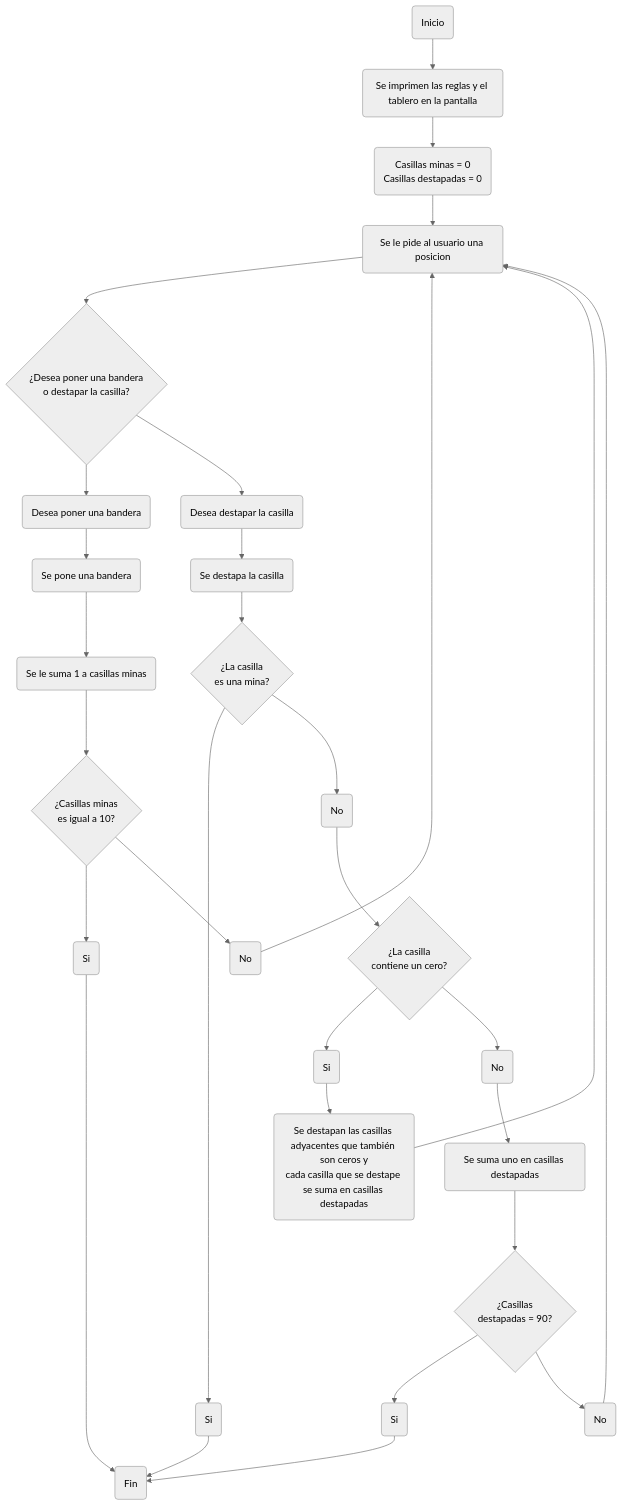
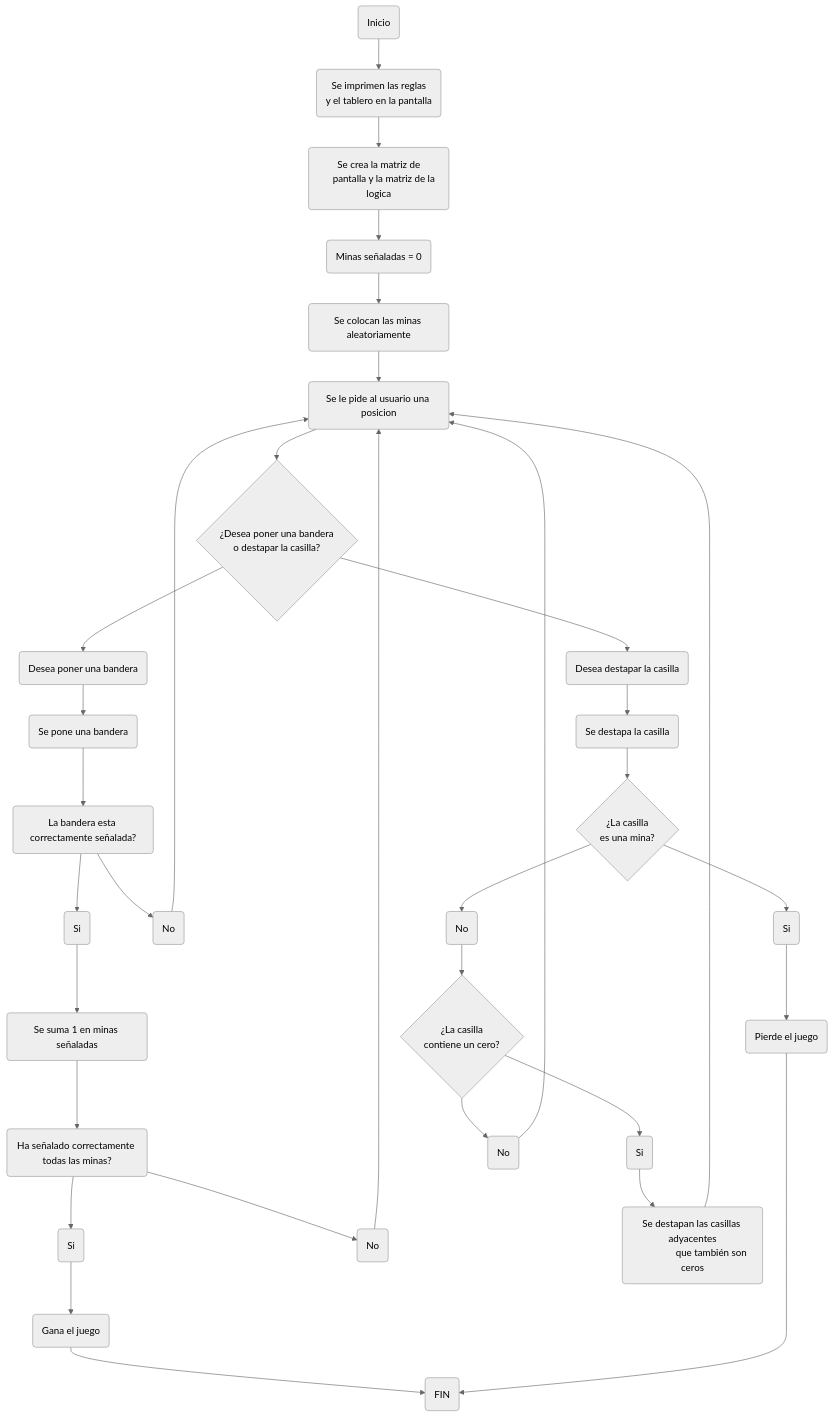
Before and after one commit to coD3-Programacion/Avance-Proyecto: the diagram in README.md, drawn with Mermaid (neutral theme).

````diff
--- a/README.md
+++ b/README.md
@@ -508,48 +508,53 @@
 ```mermaid
 flowchart TD
 %% Nodos
     A("Inicio")
-    B("Se imprimen las reglas y el tablero en la pantalla")
-    C("Se le pide al usuario una posicion")
-    D{¿Desea poner una bandera
+    B("Se imprimen las reglas
+    y el tablero en la pantalla")
+    C("Se crea la matriz de
+     pantalla y la matriz de la logica")
+    D("Minas señaladas = 0")
+    E("Se colocan las minas aleatoriamente")
+    F("Se le pide al usuario una posicion")
+    G{¿Desea poner una bandera
       o destapar la casilla?}
-    E(Desea poner una bandera)
-    F(Desea destapar la casilla)
-    G(Se pone una bandera)
-    H(Se destapa la casilla)
-    I{¿La casilla
-     es una mina?}
-    J(Fin)
-    K(Si)
-    L(No)
-    M{¿La casilla
-     contiene un cero?}
-    N(Si)
-    O(No)
-    P(Se destapan las casillas adyacentes que también son ceros y
-cada casilla que se destape se suma en casillas destapadas
-)
-    Q(Se suma uno en casillas destapadas)
-    R{¿Casillas
-    destapadas = 90?}
-    S(Si)
-    T(No)
-    U(Se le suma 1 a casillas minas)
-    V{¿Casillas minas
-    es igual a 10?}
-    W(Si)
-    Y(No)
-
+      H(Desea poner una bandera)
+        I(Se pone una bandera)
+        J(La bandera esta correctamente señalada?)
+          K(Si)
+            L(Se suma 1 en minas señaladas)
+            M(Ha señalado correctamente todas las minas?)
+              N(Si)
+                O(Gana el juego)
+              P(No)
+          Q(No)
+      R(Desea destapar la casilla)
+        S(Se destapa la casilla)
+        T{¿La casilla
+         es una mina?}
+          U(Si)
+            V(Pierde el juego)
+          W(No)
+            X{¿La casilla
+              contiene un cero?}
+              Y(Si)
+                Z(Se destapan las casillas adyacentes
+                que también son ceros)
+              AA(No)
+    AB(FIN)
+    
 %% Conexiones entre los nodos
-    A-->B-->Z-->C-->D-->E-->G-->U-->V-->W-->J
-    D-->F-->H-->I-->K-->J
-    I-->L-->M-->N-->P
-    M-->O-->Q
-    P-->C
-    Q-->R-->S-->J
-    R-->T-->C
-    V-->Y-->C
-    Z(Casillas minas = 0
-    Casillas destapadas = 0)
+    A-->B-->C-->D-->E-->F-->G
+      G-->H-->I-->J
+        J-->K-->L-->M
+          M-->N-->O-->AB
+          M-->P-->F
+        J-->Q-->F
+      G-->R-->S-->T
+        T-->U-->V-->AB
+        T-->W-->X
+          X-->Y-->Z-->F
+          X-->AA-->F
+     
 
 ```
````
